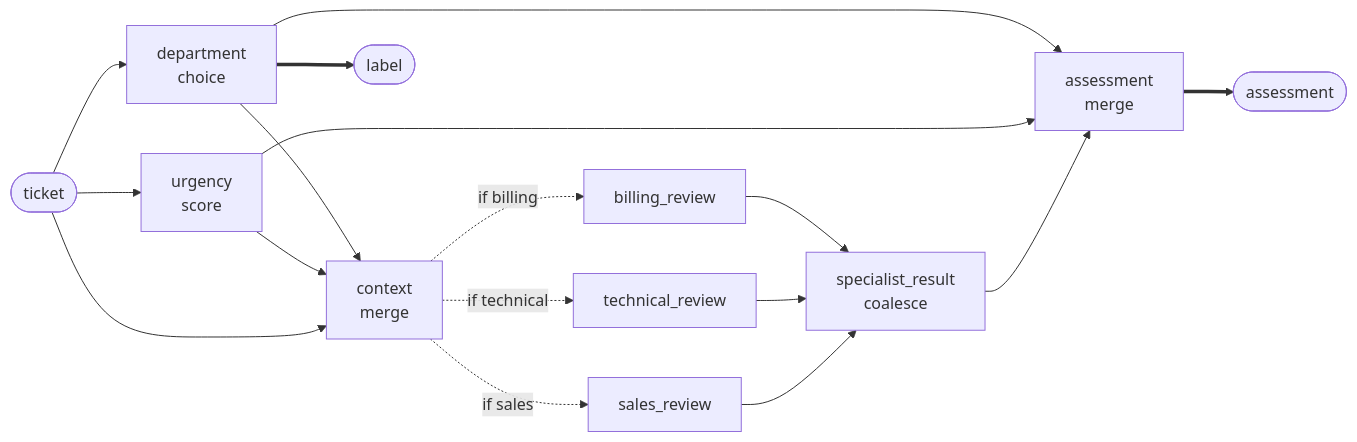
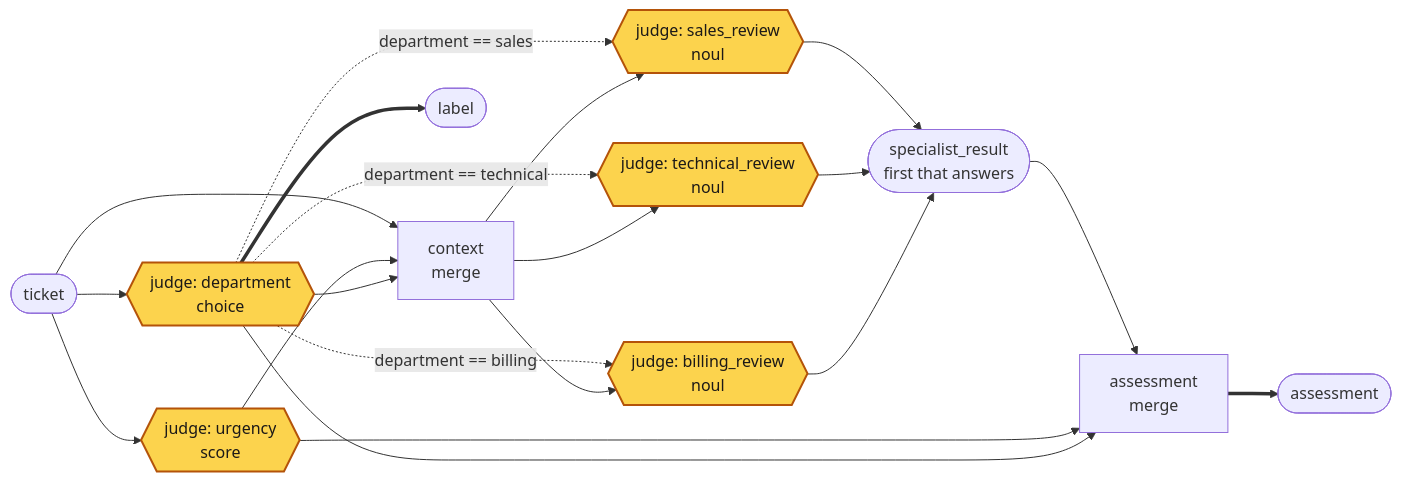
Before and after one commit to MCERQUA/rulesmith: the fourth of 5 diagrams in README.md, drawn with Mermaid. The commit also changed other lines of this file and 2 other files, not shown here.

First line of the commit message:
Mark the judge in every drawn graph and fix the README's diagrams

````diff
--- a/README.md
+++ b/README.md
@@ -425,19 +455,24 @@
 ```mermaid
 flowchart LR
-  IN(["ticket"]) --> D["department<br/>choice"]
-  IN --> U["urgency<br/>score"]
+  IN(["ticket"]) --> D{{"judge: department<br/>choice"}}
+  IN --> U{{"judge: urgency<br/>score"}}
   D --> C["context<br/>merge"]
   U --> C
   IN --> C
-  C -.->|"if billing"| B["billing_review"]
-  C -.->|"if technical"| T["technical_review"]
-  C -.->|"if sales"| S["sales_review"]
-  B --> CO["specialist_result<br/>coalesce"]
+  C --> B{{"judge: billing_review<br/>noul"}}
+  C --> T{{"judge: technical_review<br/>noul"}}
+  C --> S{{"judge: sales_review<br/>noul"}}
+  D -.->|"department == billing"| B
+  D -.->|"department == technical"| T
+  D -.->|"department == sales"| S
+  B --> CO(["specialist_result<br/>first that answers"])
   T --> CO
   S --> CO
   D --> A["assessment<br/>merge"]
   U --> A
   CO --> A
   D ==> LBL(["label"])
   A ==> AS(["assessment"])
+  classDef judge fill:#fcd34d,stroke:#b45309,stroke-width:2px,color:#1c1917
+  class D,U,B,T,S judge
 ```
````
